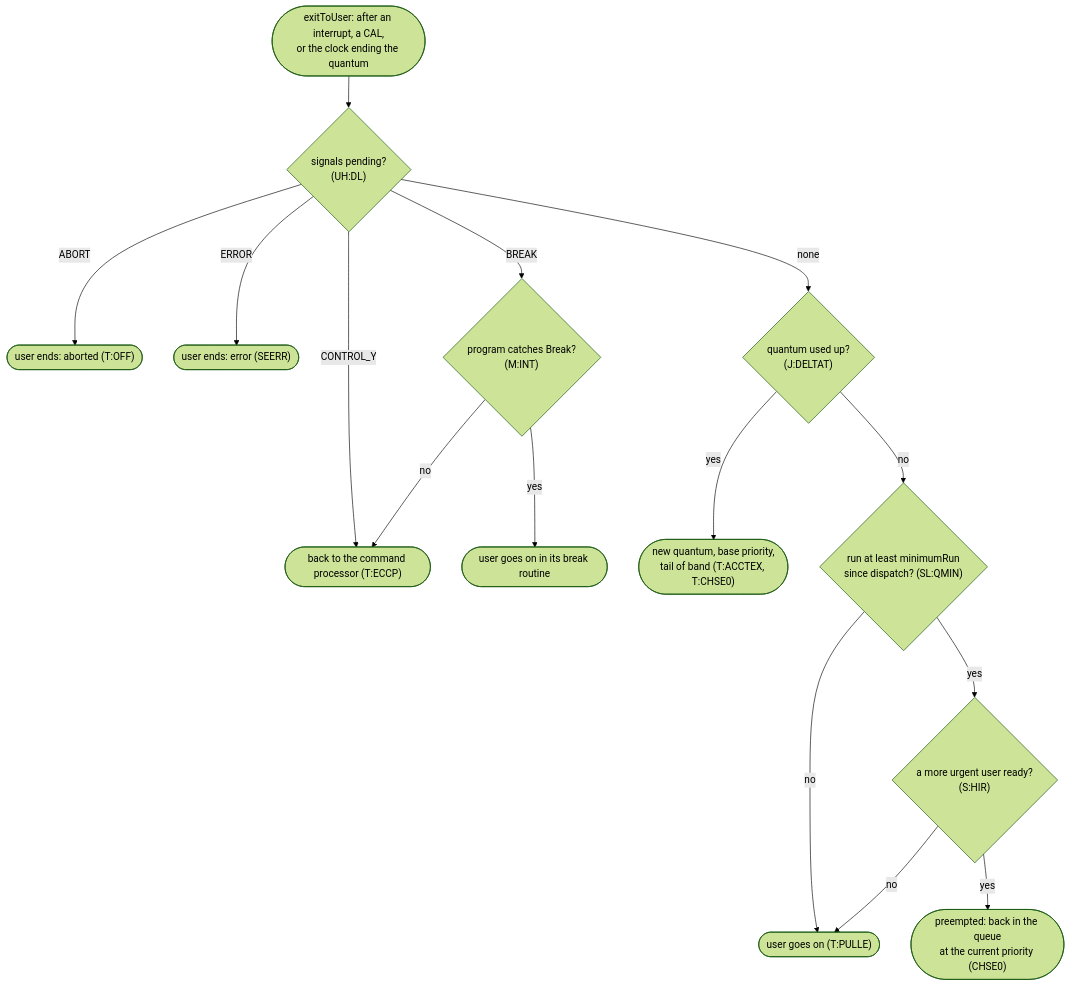
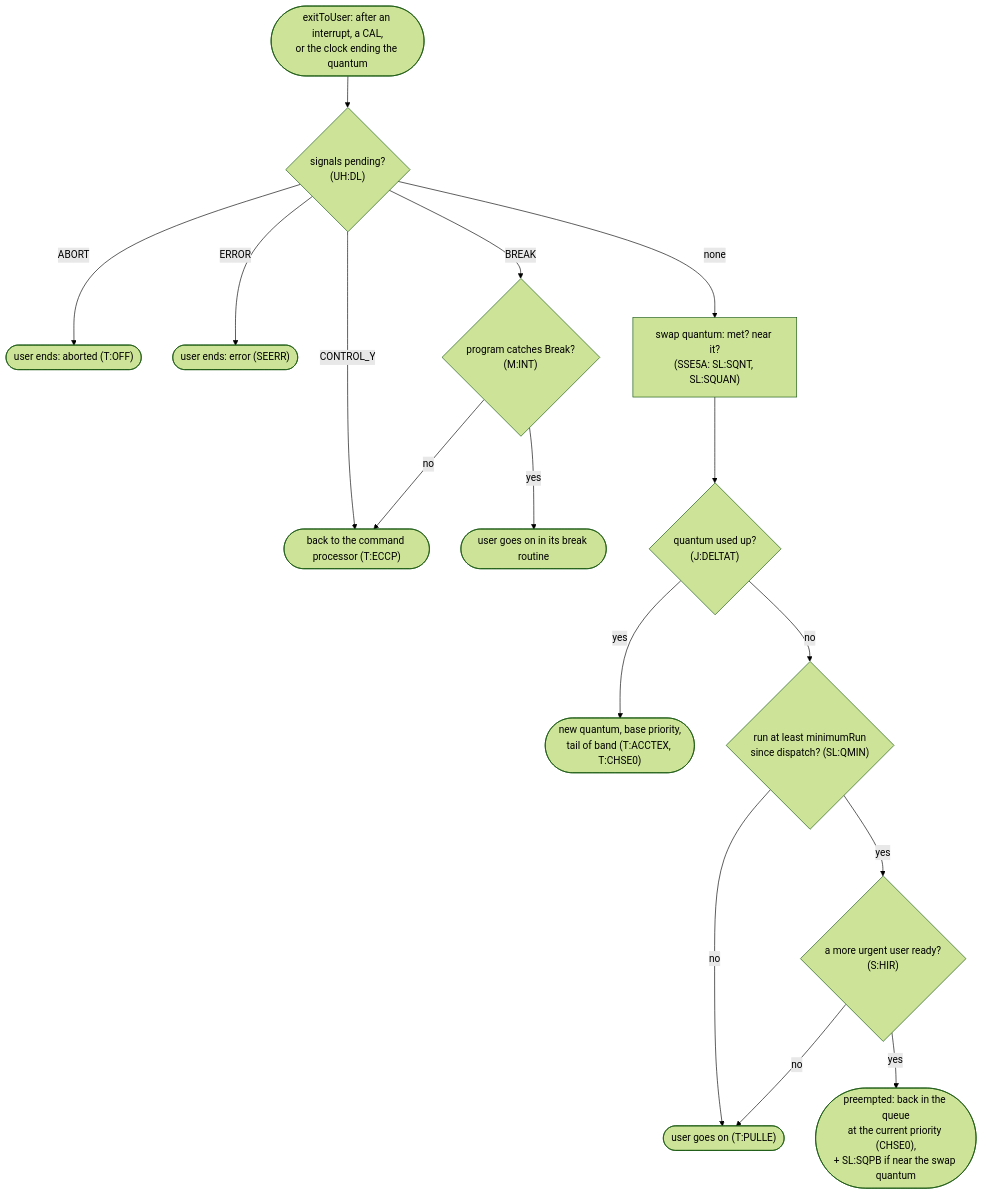
The third of 7 diagrams in pyCP-V/C00stap/docs/model.md (msiddalingaiah/Sigma), drawn with Mermaid (forest theme) before and after one commit. The commit also changed other lines of this file and 17 other files, not shown here.

Commit message:
Readable model: swapping, memory and the swap quantum

````diff
--- a/pyCP-V/C00stap/docs/model.md
+++ b/pyCP-V/C00stap/docs/model.md
@@ -218,17 +245,18 @@
 ```mermaid
 flowchart TD
     enter(["exitToUser: after an interrupt, a CAL,<br/>or the clock ending the quantum"]) --> signals{"signals pending?<br/>(UH:DL)"}
     signals -->|ABORT| aborted(["user ends: aborted (T:OFF)"])
     signals -->|ERROR| error(["user ends: error (SEERR)"])
     signals -->|CONTROL_Y| cp(["back to the command processor (T:ECCP)"])
     signals -->|BREAK| brk{"program catches Break?<br/>(M:INT)"}
     brk -->|yes| routine(["user goes on in its break routine"])
     brk -->|no| cp
-    signals -->|none| quantum{"quantum used up?<br/>(J:DELTAT)"}
+    signals -->|none| squan["swap quantum: met? near it?<br/>(SSE5A: SL:SQNT, SL:SQUAN)"]
+    squan --> quantum{"quantum used up?<br/>(J:DELTAT)"}
     quantum -->|yes| newq(["new quantum, base priority,<br/>tail of band (T:ACCTEX, T:CHSE0)"])
     quantum -->|no| qmin{"run at least minimumRun<br/>since dispatch? (SL:QMIN)"}
     qmin -->|no| goon(["user goes on (T:PULLE)"])
     qmin -->|yes| hir{"a more urgent user ready?<br/>(S:HIR)"}
     hir -->|no| goon
-    hir -->|yes| preempt(["preempted: back in the queue<br/>at the current priority (CHSE0)"])
+    hir -->|yes| preempt(["preempted: back in the queue<br/>at the current priority (CHSE0),<br/>+ SL:SQPB if near the swap quantum"])
 ```
````
